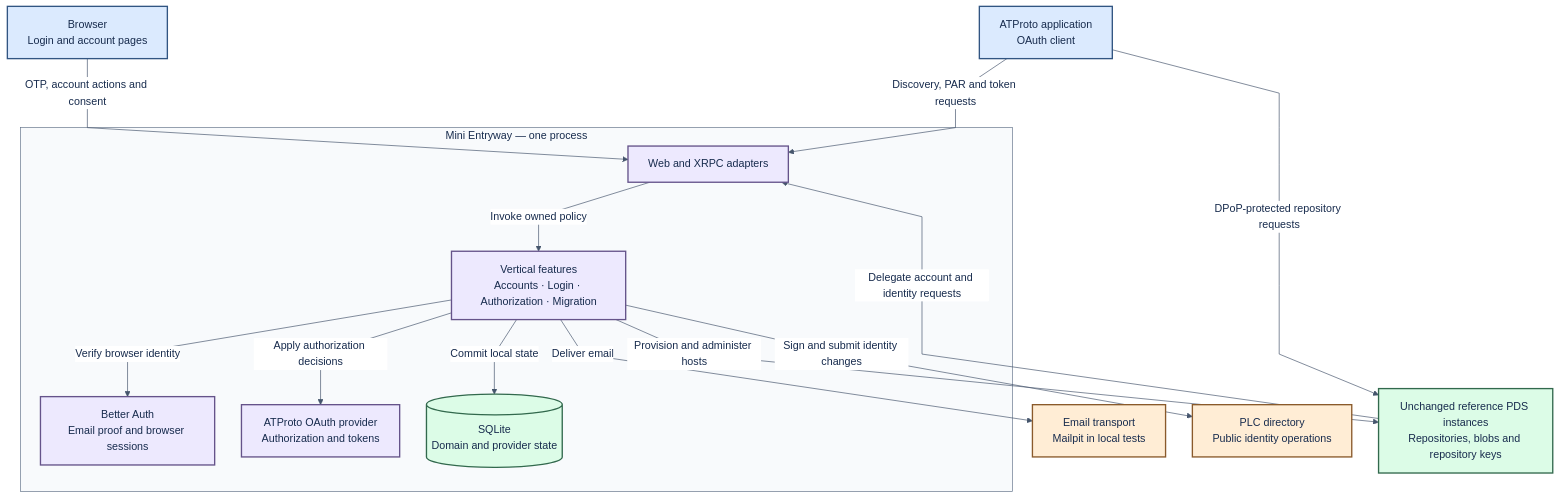
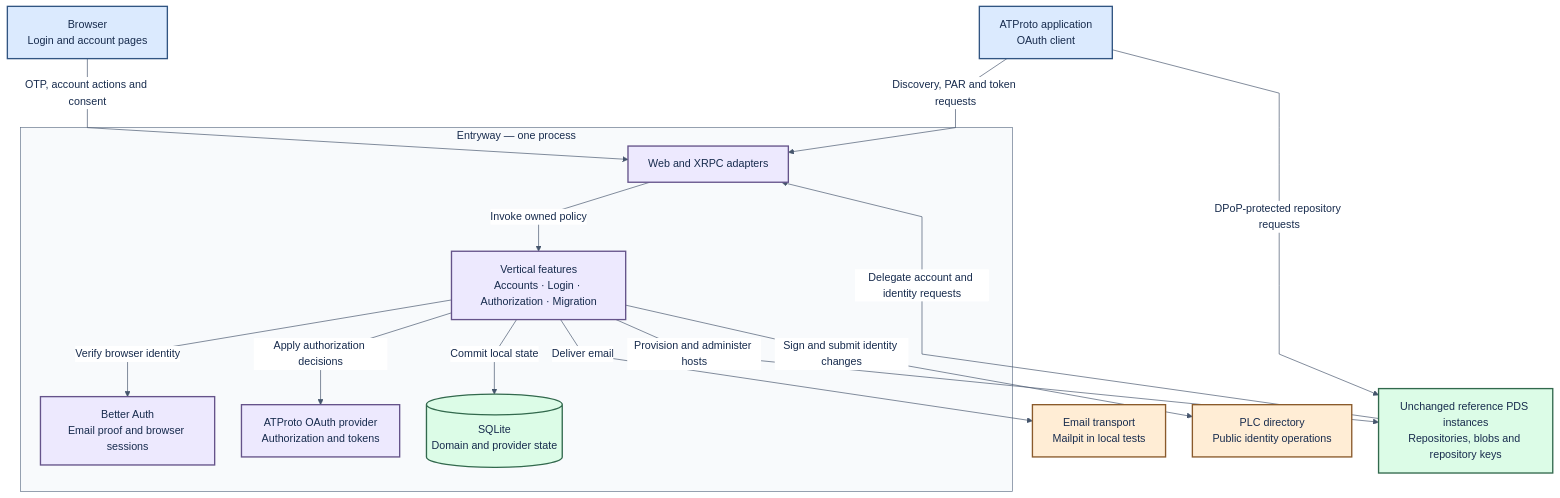
Before and after one commit to hypercerts-org/hypercerts-entryway: the first of 3 diagrams in docs/architecture.md, drawn with Mermaid. The commit also changed other lines of this file and 4 other files, not shown here.

````diff
--- a/docs/architecture.md
+++ b/docs/architecture.md
@@ -33,36 +33,36 @@
 ```mermaid
 %%{init: {"theme":"base","themeVariables":{"background":"#FFFFFF","primaryTextColor":"#172B4D","lineColor":"#45556C","edgeLabelBackground":"#FFFFFF","fontFamily":"Arial"},"flowchart":{"nodeSpacing":40,"rankSpacing":55,"curve":"linear"}}}%%
 flowchart TB
   browser["Browser<br/>Login and account pages"]
   client["ATProto application<br/>OAuth client"]
-  subgraph entryway["Mini Entryway — one process"]
+  subgraph entryway["Entryway — one process"]
     api["Web and XRPC adapters"]
     domains["Vertical features<br/>Accounts · Login · Authorization · Migration"]
     ba["Better Auth<br/>Email proof and browser sessions"]
     oauth["ATProto OAuth provider<br/>Authorization and tokens"]
     store[("SQLite<br/>Domain and provider state")]
   end
   pds["Unchanged reference PDS instances<br/>Repositories, blobs and repository keys"]
   plc["PLC directory<br/>Public identity operations"]
   mail["Email transport<br/>Mailpit in local tests"]
   browser -->|"OTP, account actions and consent"| api
   client -->|"Discovery, PAR and token requests"| api
   api -->|"Invoke owned policy"| domains
   domains -->|"Verify browser identity"| ba
   domains -->|"Apply authorization decisions"| oauth
   domains -->|"Commit local state"| store
   domains -->|"Deliver email"| mail
   domains -->|"Provision and administer hosts"| pds
   pds -->|"Delegate account and identity requests"| api
   domains -->|"Sign and submit identity changes"| plc
   client -->|"DPoP-protected repository requests"| pds
   classDef blue fill:#DBEAFE,stroke:#315582,color:#172B4D,stroke-width:2px;
   classDef violet fill:#EDE9FE,stroke:#65538A,color:#172B4D,stroke-width:2px;
   classDef mint fill:#DCFCE7,stroke:#32694D,color:#172B4D,stroke-width:2px;
   classDef peach fill:#FFEDD5,stroke:#8A5A2B,color:#172B4D,stroke-width:2px;
   class browser,client blue;
   class api,domains,ba,oauth violet;
   class pds,store mint;
   class plc,mail peach;
   style entryway fill:#F8FAFC,stroke:#64748B,color:#172B4D
 ```
````
